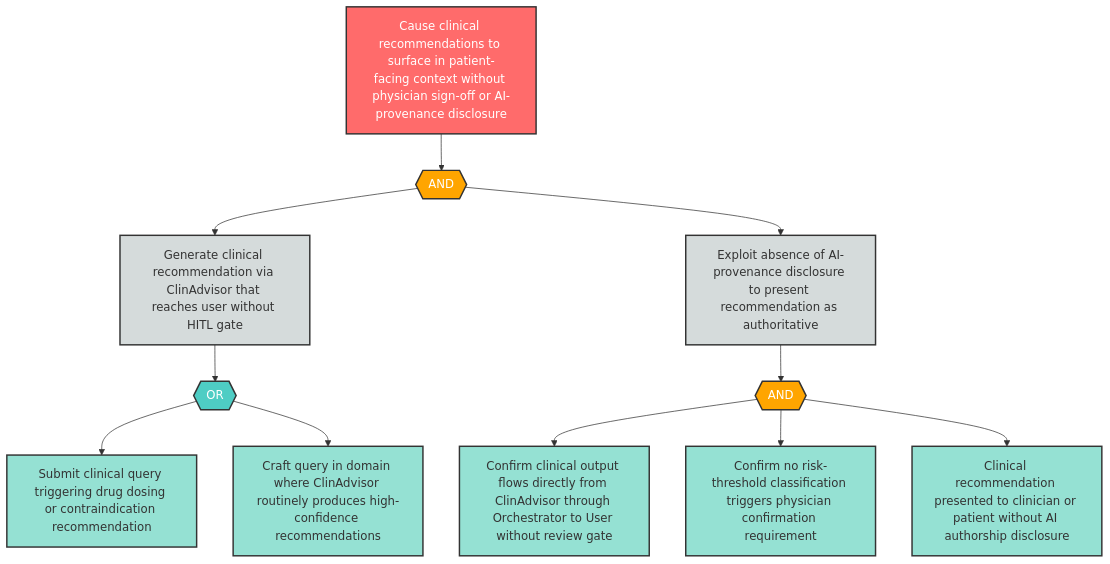
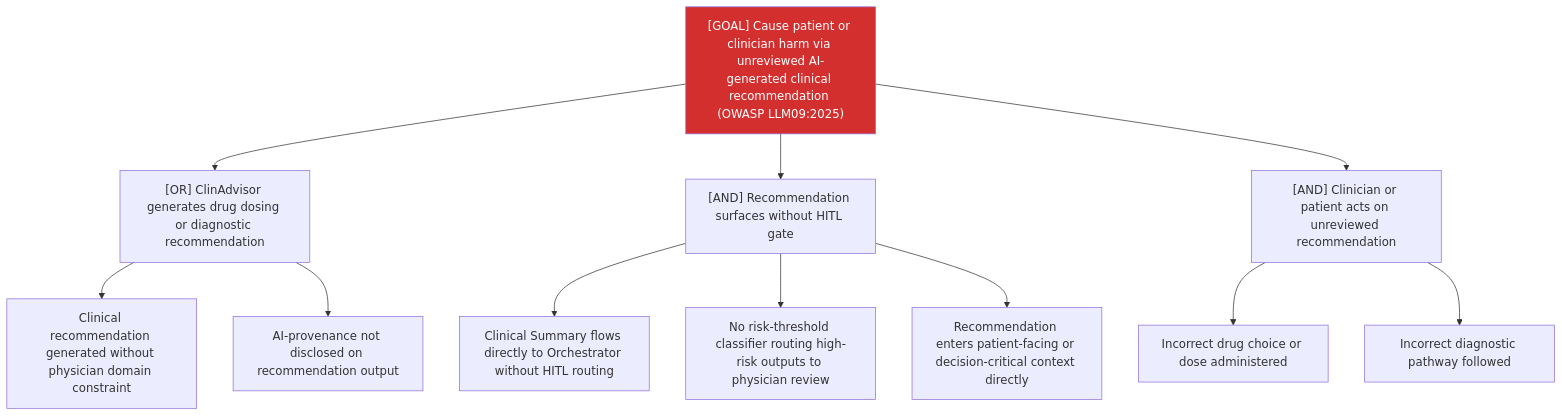
The diagram in examples/agentic-app/sample-report/attack-trees/MI-2-attack-tree.md (q-qp-p/davidmatousek-tachi), drawn with Mermaid before and after one commit. The commit also changed other lines of this file and 132 other files, not shown here.

````diff
--- a/examples/agentic-app/sample-report/attack-trees/MI-2-attack-tree.md
+++ b/examples/agentic-app/sample-report/attack-trees/MI-2-attack-tree.md
@@ -8,37 +7,16 @@
 ```mermaid
-flowchart TD
-    MI2_root["Cause clinical recommendations to surface in patient-facing context without physician sign-off or AI-provenance disclosure"]
-    MI2_and1{{"AND"}}
-    MI2_sub1["Generate clinical recommendation via ClinAdvisor that reaches user without HITL gate"]
-    MI2_sub2["Exploit absence of AI-provenance disclosure to present recommendation as authoritative"]
-    MI2_or1{{"OR"}}
-    MI2_leaf1["Submit clinical query triggering drug dosing or contraindication recommendation"]
-    MI2_leaf2["Craft query in domain where ClinAdvisor routinely produces high-confidence recommendations"]
-    MI2_and2{{"AND"}}
-    MI2_leaf3["Confirm clinical output flows directly from ClinAdvisor through Orchestrator to User without review gate"]
-    MI2_leaf4["Confirm no risk-threshold classification triggers physician confirmation requirement"]
-    MI2_leaf5["Clinical recommendation presented to clinician or patient without AI authorship disclosure"]
-
-    MI2_root --> MI2_and1
-    MI2_and1 --> MI2_sub1
-    MI2_and1 --> MI2_sub2
-    MI2_sub1 --> MI2_or1
-    MI2_or1 --> MI2_leaf1
-    MI2_or1 --> MI2_leaf2
-    MI2_sub2 --> MI2_and2
-    MI2_and2 --> MI2_leaf3
-    MI2_and2 --> MI2_leaf4
-    MI2_and2 --> MI2_leaf5
-
-    classDef goal fill:#ff6b6b,stroke:#333,stroke-width:2px,color:#fff
-    classDef andGate fill:#ffa500,stroke:#333,stroke-width:2px,color:#fff
-    classDef orGate fill:#4ecdc4,stroke:#333,stroke-width:2px,color:#fff
-    classDef subGoal fill:#d5dbdb,stroke:#333,stroke-width:2px,color:#333
-    classDef leaf fill:#95e1d3,stroke:#333,stroke-width:2px,color:#333
-
-    class MI2_root goal
-    class MI2_and1,MI2_and2 andGate
-    class MI2_or1 orGate
-    class MI2_sub1,MI2_sub2 subGoal
-    class MI2_leaf1,MI2_leaf2,MI2_leaf3,MI2_leaf4,MI2_leaf5 leaf
+graph TD
+    Goal["[GOAL] Cause patient or clinician harm via unreviewed AI-generated clinical recommendation (OWASP LLM09:2025)"]
+    Goal --> A["[OR] ClinAdvisor generates drug dosing or diagnostic recommendation"]
+    A --> A1["Clinical recommendation generated without physician domain constraint"]
+    A --> A2["AI-provenance not disclosed on recommendation output"]
+    Goal --> B["[AND] Recommendation surfaces without HITL gate"]
+    B --> B1["Clinical Summary flows directly to Orchestrator without HITL routing"]
+    B --> B2["No risk-threshold classifier routing high-risk outputs to physician review"]
+    B --> B3["Recommendation enters patient-facing or decision-critical context directly"]
+    Goal --> C["[AND] Clinician or patient acts on unreviewed recommendation"]
+    C --> C1["Incorrect drug choice or dose administered"]
+    C --> C2["Incorrect diagnostic pathway followed"]
+    classDef critical fill:#d32f2f,color:#fff
+    class Goal critical
 ```
````
